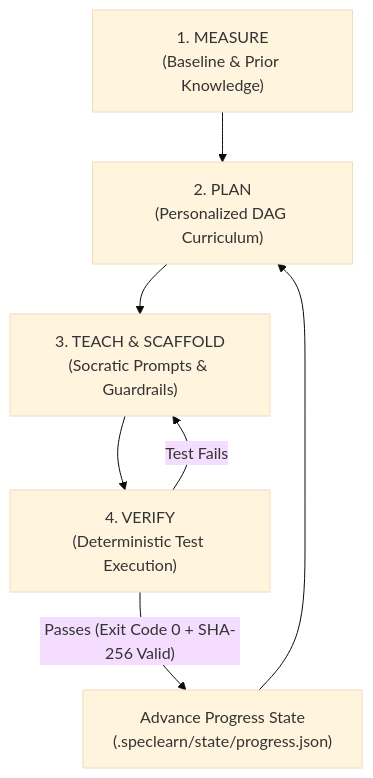
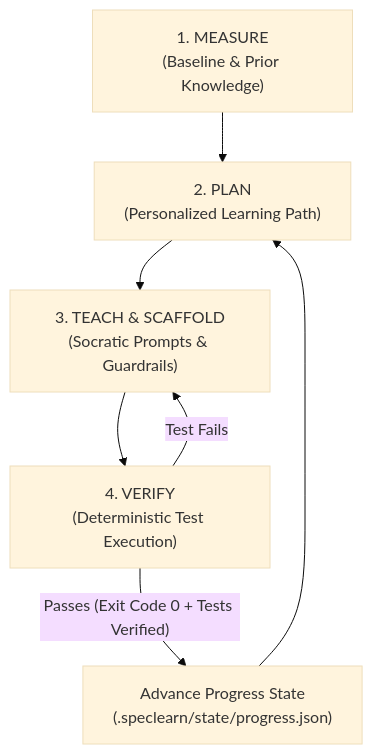
Before and after one commit to hugomsm/speclearn: the first of 2 diagrams in README.md, drawn with Mermaid (base theme). The commit also changed other lines of this file and 26 other files, not shown here.

````diff
--- a/README.md
+++ b/README.md
@@ -105,9 +105,9 @@
 ```mermaid
 flowchart TD
-    A["1. MEASURE\n(Baseline & Prior Knowledge)"] --> B["2. PLAN\n(Personalized DAG Curriculum)"]
+    A["1. MEASURE\n(Baseline & Prior Knowledge)"] --> B["2. PLAN\n(Personalized Learning Path)"]
     B --> C["3. TEACH & SCAFFOLD\n(Socratic Prompts & Guardrails)"]
     C --> D["4. VERIFY\n(Deterministic Test Execution)"]
     D -- "Test Fails" --> C
-    D -- "Passes (Exit Code 0 + SHA-256 Valid)" --> E["Advance Progress State\n(.speclearn/state/progress.json)"]
+    D -- "Passes (Exit Code 0 + Tests Verified)" --> E["Advance Progress State\n(.speclearn/state/progress.json)"]
     E --> B
 ```
````
